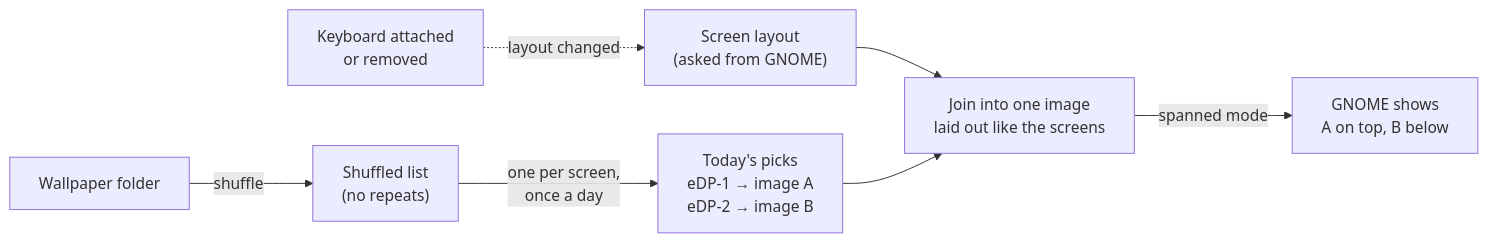
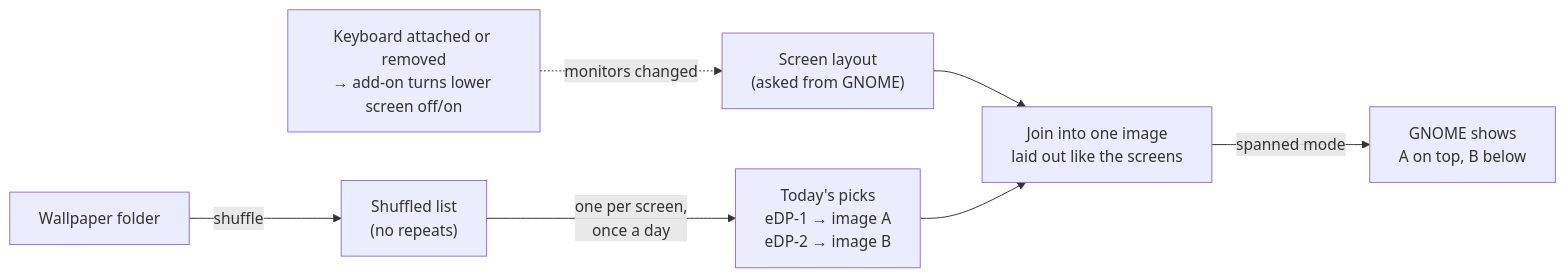
One commit to Toldry/zenbook-duo-linux-guide changed the diagram in DAILY-WALLPAPER.md. Above: the diagram before and after it, drawn with Mermaid. The commit also changed other lines of this file and 2 other files, not shown here.

First line of the commit message:
Describe the wallpaper rebuild as reacting to screen changes

````diff
--- a/DAILY-WALLPAPER.md
+++ b/DAILY-WALLPAPER.md
@@ -50,9 +52,9 @@
 ```mermaid
 flowchart LR
     folder["Wallpaper folder"] -->|shuffle| bag["Shuffled list<br/>(no repeats)"]
     bag -->|"one per screen,<br/>once a day"| picks["Today's picks<br/>eDP-1 → image A<br/>eDP-2 → image B"]
     layout["Screen layout<br/>(asked from GNOME)"] --> join
     picks --> join["Join into one image<br/>laid out like the screens"]
     join -->|"spanned mode"| gnome["GNOME shows<br/>A on top, B below"]
-    keyboard["Keyboard attached<br/>or removed"] -.->|"layout changed"| layout
+    keyboard["Keyboard attached or removed<br/>→ add-on turns lower screen off/on"] -.->|"monitors changed"| layout
 ```
````
